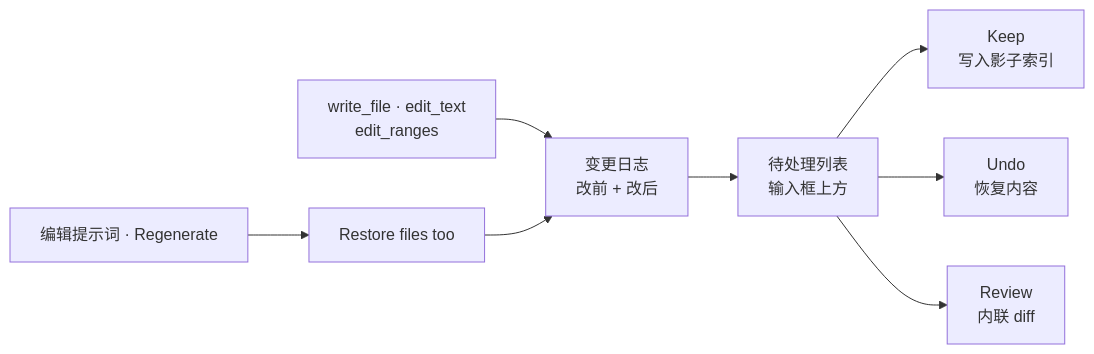
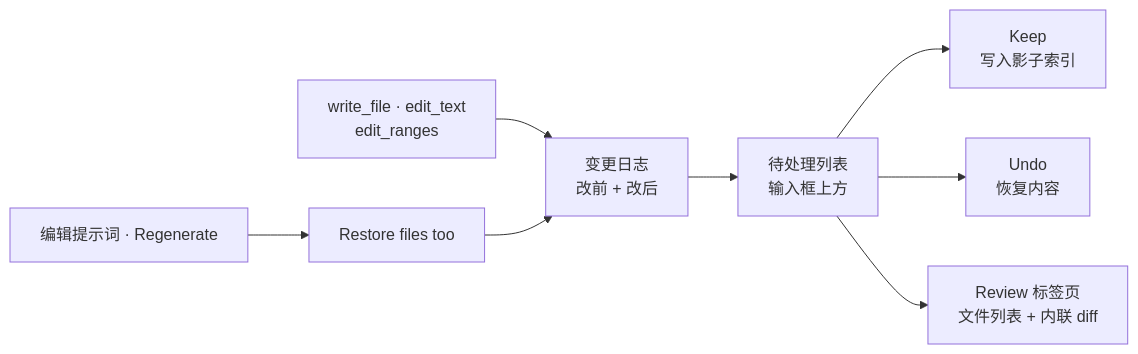
Before and after one commit to zeroDtree/comonad-vscode-extension: the diagram in docs/zh/guide/checkpoints.md, drawn with Mermaid. The commit also changed other lines of this file and 41 other files, not shown here.

````diff
--- a/docs/zh/guide/checkpoints.md
+++ b/docs/zh/guide/checkpoints.md
@@ -6,10 +6,10 @@
 ```mermaid
 flowchart LR
   Write["write_file · edit_text<br/>edit_ranges"] --> Journal["变更日志<br/>改前 + 改后"]
   Journal --> Pending["待处理列表<br/>输入框上方"]
   Pending --> Keep["Keep<br/>写入影子索引"]
   Pending --> Undo["Undo<br/>恢复内容"]
-  Pending --> Review["Review<br/>内联 diff"]
+  Pending --> Review["Review 标签页<br/>文件列表 + 内联 diff"]
   Prompt["编辑提示词 · Regenerate"] --> Restore["Restore files too"]
   Restore --> Journal
 ```
````
